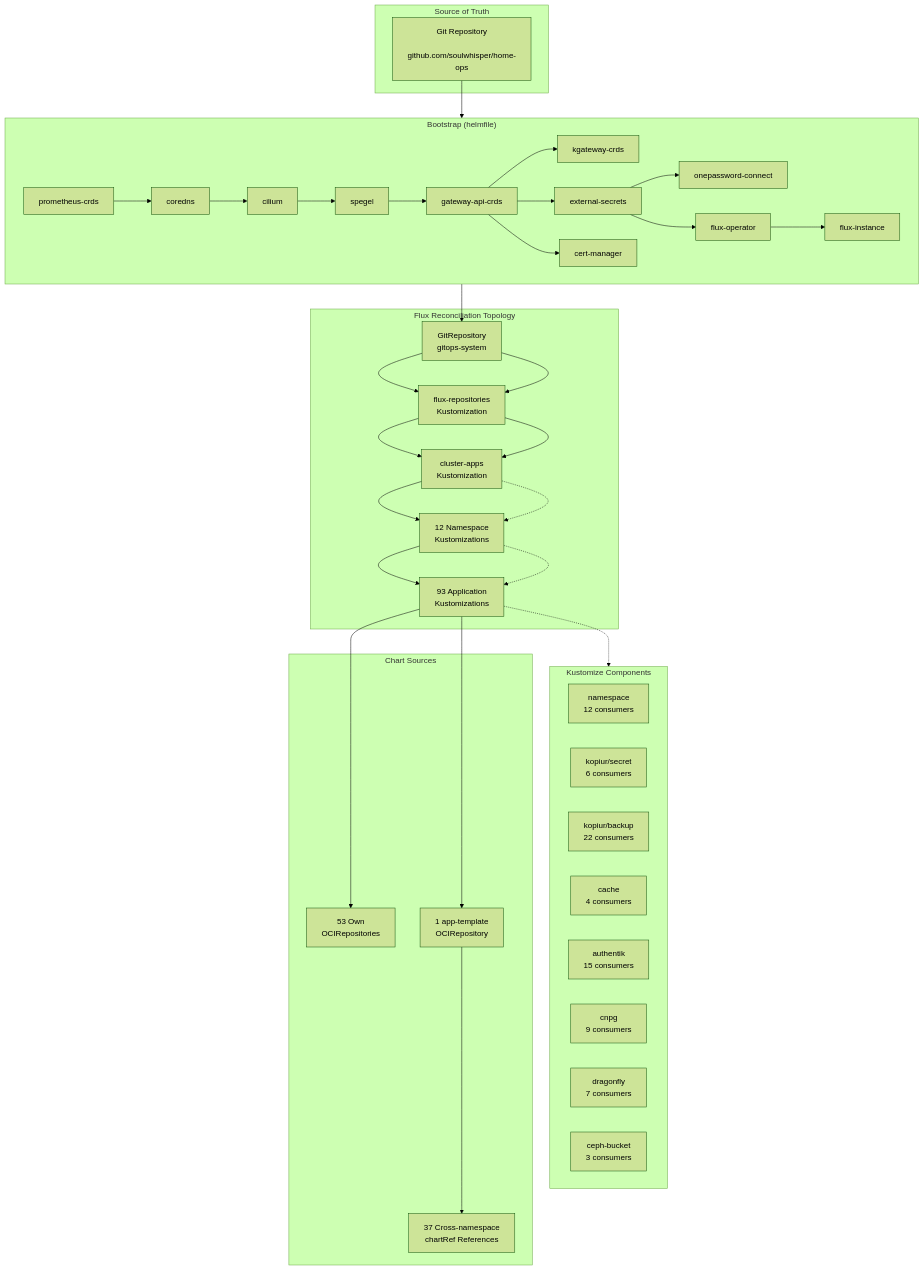
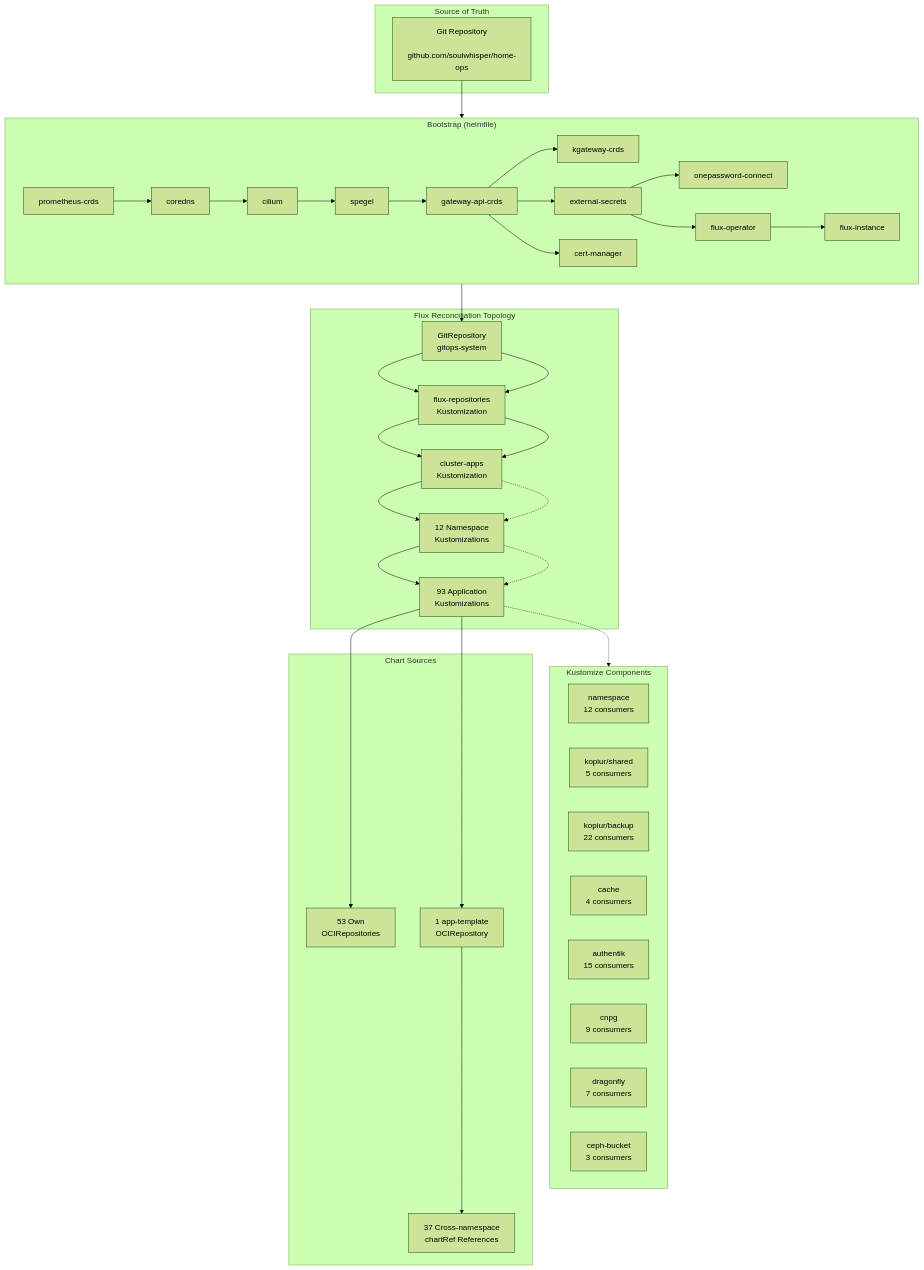
The diagram in docs/infrastructure/kubernetes.md (soulwhisper/home-ops), drawn with Mermaid (forest theme) before and after one commit. The commit also changed other lines of this file and 10 other files, not shown here.

````diff
--- a/docs/infrastructure/kubernetes.md
+++ b/docs/infrastructure/kubernetes.md
@@ -12,72 +12,72 @@
 ```mermaid
 flowchart TB
     subgraph Source["Source of Truth"]
         GIT["Git Repository
         github.com/soulwhisper/home-ops"]
     end
 
     subgraph Bootstrap["Bootstrap (helmfile)"]
         direction LR
         B1["prometheus-crds"] --> B2["coredns"]
         B2 --> B3["cilium"]
         B3 --> B4["spegel"]
         B4 --> B5["gateway-api-crds"]
         B5 --> B6["kgateway-crds"]
         B5 --> B7["external-secrets"]
         B5 --> B8["cert-manager"]
         B7 --> B9["onepassword-connect"]
         B7 --> B11["flux-operator"]
         B11 --> B12["flux-instance"]
     end
 
     subgraph FluxTopo["Flux Reconciliation Topology"]
         GR["GitRepository
         gitops-system"] --> FR["flux-repositories
         Kustomization"]
         FR --> CA["cluster-apps
         Kustomization"]
         CA --> NS["12 Namespace
         Kustomizations"]
         NS --> APPS["93 Application
         Kustomizations"]
     end
 
     subgraph Components["Kustomize Components"]
         NS_COMP["namespace
         12 consumers"]
-        KOPIUR_SECRET["kopiur/secret
-        6 consumers"]
+        KOPIUR_SECRET["kopiur/shared
+        5 consumers"]
         KOPIUR_BACKUP["kopiur/backup
         22 consumers"]
         CACHE["cache
         4 consumers"]
         AUTHENTIK["authentik
         15 consumers"]
         CNPG["cnpg
         9 consumers"]
         DRAGONFLY["dragonfly
         7 consumers"]
         CEPH["ceph-bucket
         3 consumers"]
     end
 
     subgraph Charts["Chart Sources"]
         OCI_OWN["53 Own
         OCIRepositories"]
         OCI_TPL["1 app-template
         OCIRepository"]
         CROSS["37 Cross-namespace
         chartRef References"]
     end
 
     GIT --> Bootstrap
     Bootstrap --> GR
     GR --> FR
     FR --> CA
     CA -.-> NS
     NS -.-> APPS
     APPS -.-> Components
     APPS --> OCI_OWN
     APPS --> OCI_TPL
     OCI_TPL --> CROSS
 ```
````
